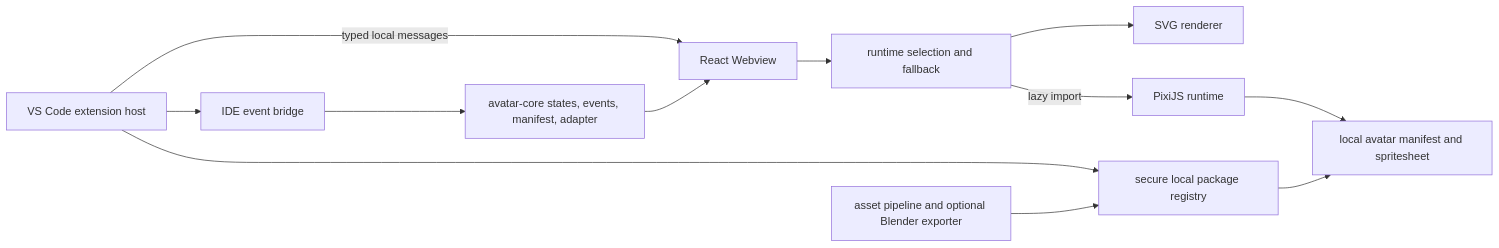
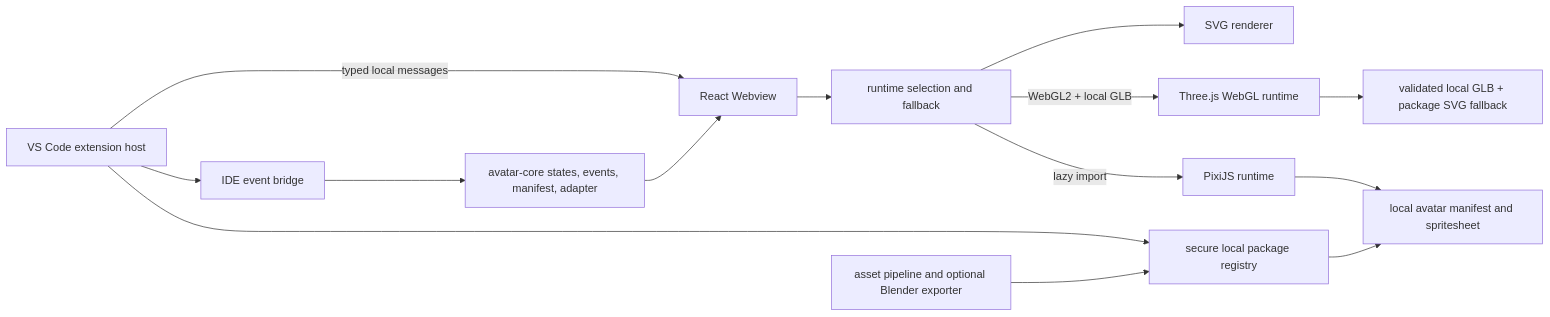
The diagram in docs/ARCHITECTURE.md (uset82/blenderSVG), drawn with Mermaid before and after one commit. The commit also changed other lines of this file and 134 other files, not shown here.

````diff
--- a/docs/ARCHITECTURE.md
+++ b/docs/ARCHITECTURE.md
@@ -7,14 +7,16 @@
 ```mermaid
 flowchart LR
   IDE["VS Code extension host"] -->|typed local messages| WV["React Webview"]
   IDE --> EV["IDE event bridge"]
   EV --> CORE["avatar-core states, events, manifest, adapter"]
   CORE --> WV
   WV --> SELECT["runtime selection and fallback"]
   SELECT --> SVG["SVG renderer"]
   SELECT -->|lazy import| PIXI["PixiJS runtime"]
+  SELECT -->|WebGL2 + local GLB| THREE["Three.js WebGL runtime"]
   PIXI --> ATLAS["local avatar manifest and spritesheet"]
+  THREE --> GLB["validated local GLB + package SVG fallback"]
   IDE --> PKG["secure local package registry"]
   PKG --> ATLAS
   PIPE["asset pipeline and optional Blender exporter"] --> PKG
 ```
````
